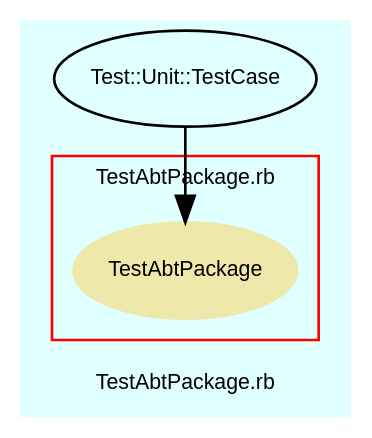
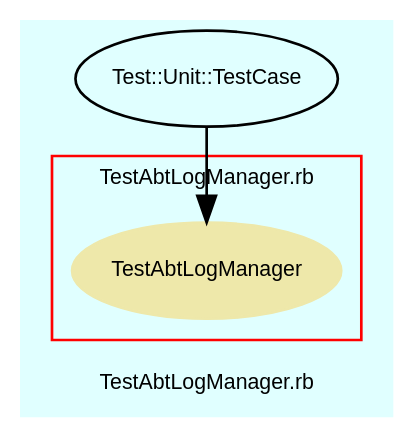
One commit to eschabell/abtlinux changed the diagram in src/trunk/doc/dot/f_11.dot. Above: the diagram before and after it, drawn with Graphviz. The commit also changed 62 other files, not shown here.

```diff
--- a/src/trunk/doc/dot/f_11.dot
+++ b/src/trunk/doc/dot/f_11.dot
@@ -1,37 +1,37 @@
 digraph TopLevel {
     compound = true
     bgcolor = lightcyan1
     fontname = Arial
     fontsize = 8
-    label = "TestAbtPackage.rb"
+    label = "TestAbtLogManager.rb"
     node [
         fontname = Arial,
         fontsize = 8,
         color = black
     ]
 
     subgraph cluster_12 {
         fontname = Arial
         color = red
-        label = "TestAbtPackage.rb"
-        TestAbtPackage [
+        label = "TestAbtLogManager.rb"
+        TestAbtLogManager [
             fontcolor = black,
-            URL = "classes/TestAbtPackage.html",
+            URL = "classes/TestAbtLogManager.html",
             shape = ellipse,
             color = palegoldenrod,
             style = filled,
-            label = "TestAbtPackage"
+            label = "TestAbtLogManager"
         ]
 
     }
 
     Test__Unit__TestCase [
         URL = "classes/Test/Unit/TestCase.html",
         label = "Test::Unit::TestCase"
     ]
 
-    Test__Unit__TestCase -> TestAbtPackage [
+    Test__Unit__TestCase -> TestAbtLogManager [
 
     ]
 
 }
```
